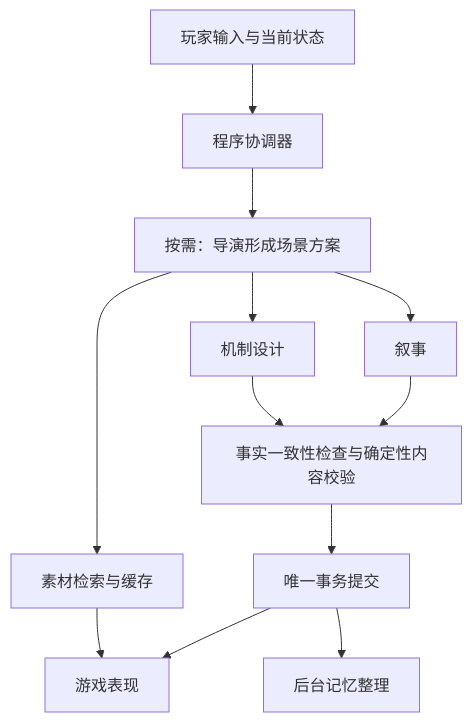
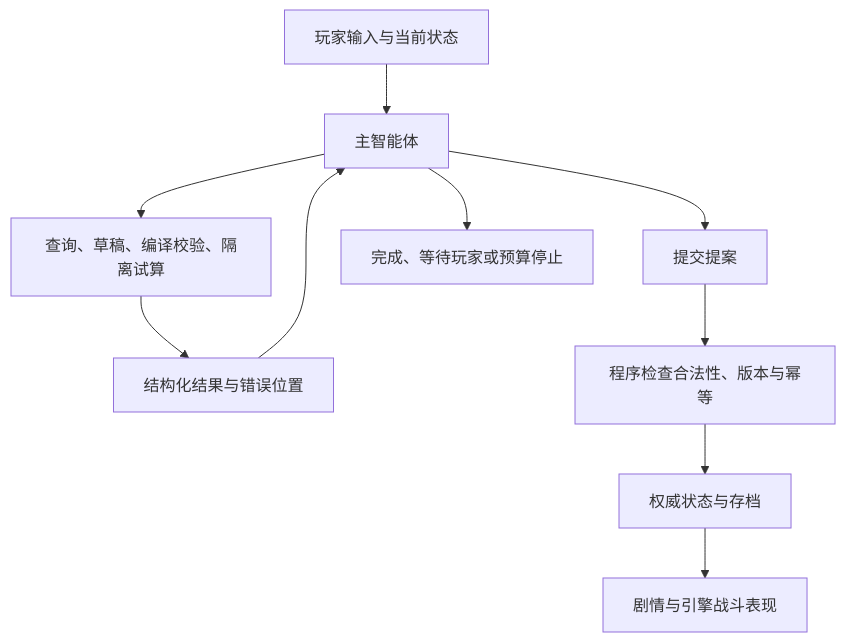
Before and after one commit to HolyFishhh/magic-girl-world: the diagram in docs/design/standalone-engine-ai-assets.md, drawn with Mermaid. The commit also changed other lines of this file and 1 other file, not shown here.

Commit message:
docs: clarify tool-using game agent and preserve current battle art

````diff
--- a/docs/design/standalone-engine-ai-assets.md
+++ b/docs/design/standalone-engine-ai-assets.md
@@ -47,14 +48,12 @@
 ```mermaid
 flowchart TD
-    INPUT[玩家输入与当前状态] --> FLOW[程序协调器]
-    FLOW --> PLAN[按需：导演形成场景方案]
-    PLAN --> STORY[叙事]
-    PLAN --> RULE[机制设计]
-    STORY --> CHECK[事实一致性检查与确定性内容校验]
-    RULE --> CHECK
-    CHECK --> COMMIT[唯一事务提交]
-    COMMIT --> VIEW[游戏表现]
-    COMMIT --> MEMORY[后台记忆整理]
-    PLAN --> ART[素材检索与缓存]
-    ART --> VIEW
+    INPUT[玩家输入与当前状态] --> AGENT[主智能体]
+    AGENT --> TOOLS[查询、草稿、编译校验、隔离试算]
+    TOOLS --> RESULT[结构化结果与错误位置]
+    RESULT --> AGENT
+    AGENT --> GATE[提交提案]
+    GATE --> CHECK[程序检查合法性、版本与幂等]
+    CHECK --> COMMIT[权威状态与存档]
+    COMMIT --> VIEW[剧情与引擎战斗表现]
+    AGENT --> STOP[完成、等待玩家或预算停止]
 ```
````
